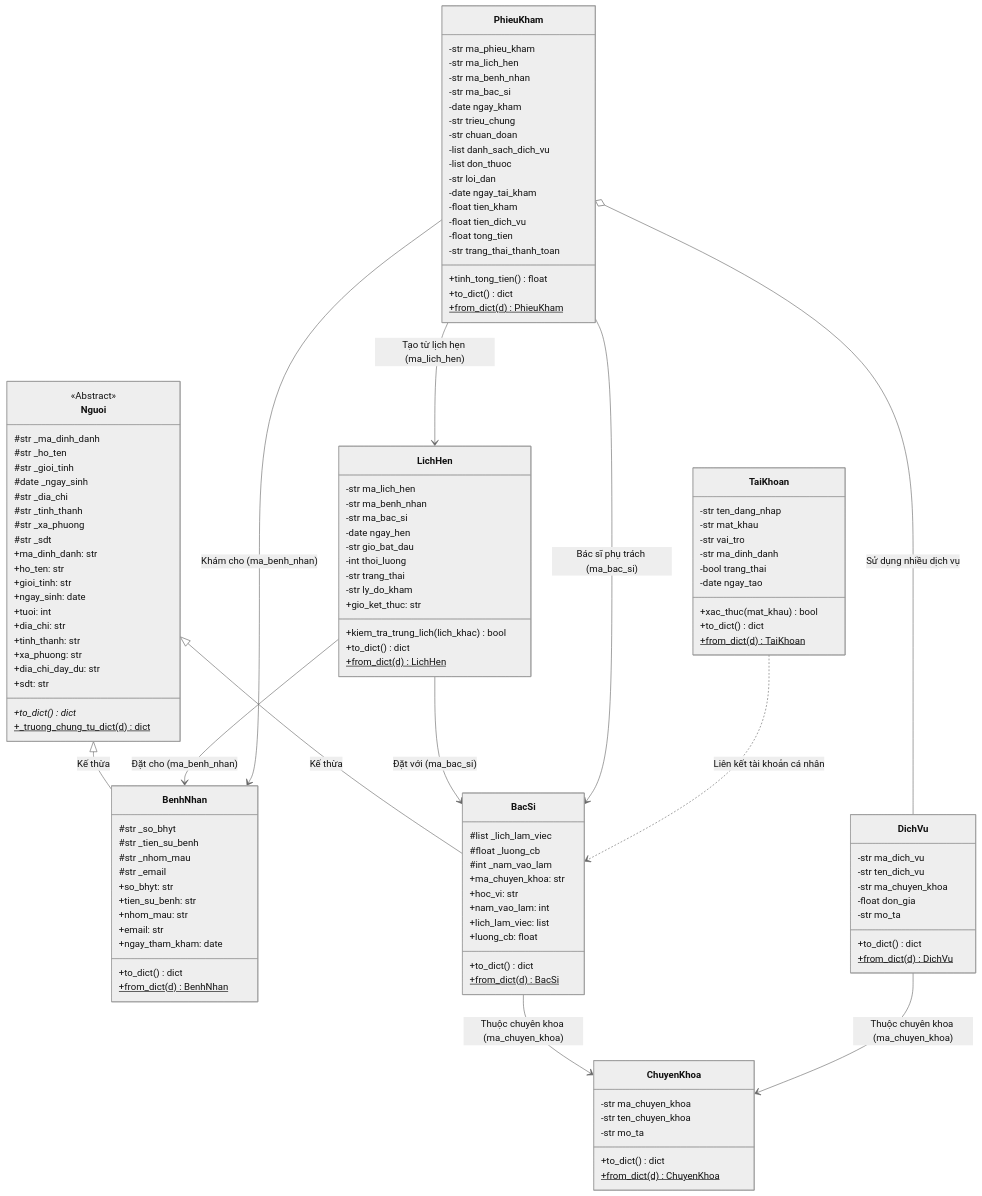
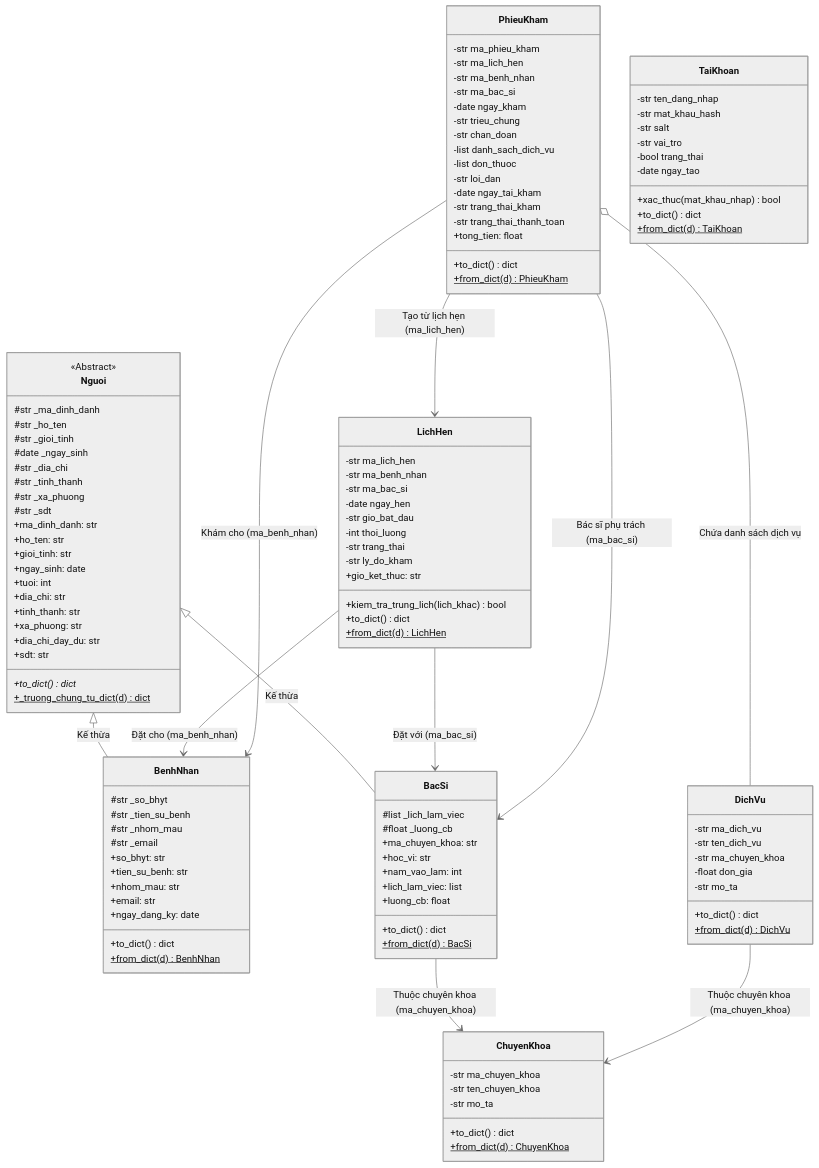
Before and after one commit to nv1011/do-an-py: the diagram in docs/thiet_ke_lop.md, drawn with Mermaid (neutral theme). The commit also changed other lines of this file and 14 other files, not shown here.

````diff
--- a/docs/thiet_ke_lop.md
+++ b/docs/thiet_ke_lop.md
@@ -83,7 +90,7 @@
         +tien_su_benh: str
         +nhom_mau: str
         +email: str
-        +ngay_tham_kham: date
+        +ngay_dang_ky: date
         +to_dict() dict
         +from_dict(d)$ BenhNhan
     }
@@ -91,7 +98,6 @@
     class BacSi {
         #list _lich_lam_viec
         #float _luong_cb
-        #int _nam_vao_lam
         +ma_chuyen_khoa: str
         +hoc_vi: str
         +nam_vao_lam: int
@@ -141,28 +147,26 @@
         -str ma_bac_si
         -date ngay_kham
         -str trieu_chung
-        -str chuan_doan
+        -str chan_doan
         -list danh_sach_dich_vu
         -list don_thuoc
         -str loi_dan
         -date ngay_tai_kham
-        -float tien_kham
-        -float tien_dich_vu
-        -float tong_tien
+        -str trang_thai_kham
         -str trang_thai_thanh_toan
-        +tinh_tong_tien() float
+        +tong_tien: float
         +to_dict() dict
         +from_dict(d)$ PhieuKham
     }
 
     class TaiKhoan {
         -str ten_dang_nhap
-        -str mat_khau
+        -str mat_khau_hash
+        -str salt
         -str vai_tro
-        -str ma_dinh_danh
         -bool trang_thai
         -date ngay_tao
-        +xac_thuc(mat_khau) bool
+        +xac_thuc(mat_khau_nhap) bool
         +to_dict() dict
         +from_dict(d)$ TaiKhoan
     }
@@ -176,6 +180,5 @@
     PhieuKham --> BenhNhan : Khám cho (ma_benh_nhan)
     PhieuKham --> BacSi : Bác sĩ phụ trách (ma_bac_si)
     PhieuKham --> LichHen : Tạo từ lịch hẹn (ma_lich_hen)
-    PhieuKham o-- DichVu : Sử dụng nhiều dịch vụ
-    TaiKhoan ..> BacSi : Liên kết tài khoản cá nhân
+    PhieuKham o-- DichVu : Chứa danh sách dịch vụ
 ```
````
